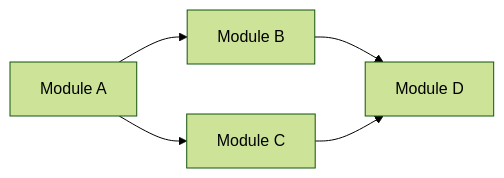
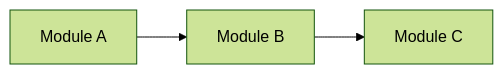
Before and after one commit to mayurpise/draft: the fifth of 5 diagrams in core/templates/architecture.md, drawn with Mermaid (forest theme). The commit also changed other lines of this file and 32 other files, not shown here.

````diff
--- a/core/templates/architecture.md
+++ b/core/templates/architecture.md
@@ -180,7 +161,5 @@
 ```mermaid
 graph LR
     A["Module A"] --> B["Module B"]
-    A --> C["Module C"]
-    B --> D["Module D"]
-    C --> D
+    B --> C["Module C"]
 ```
````
